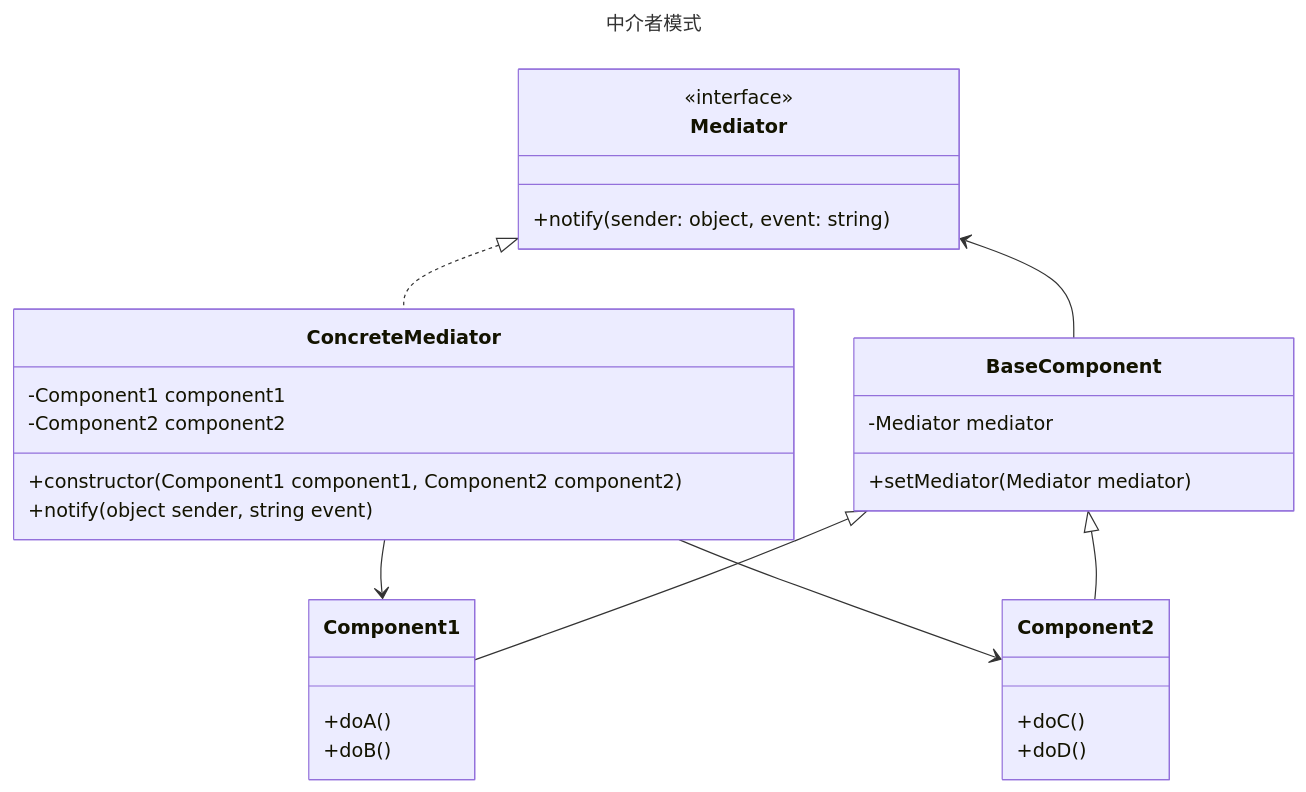
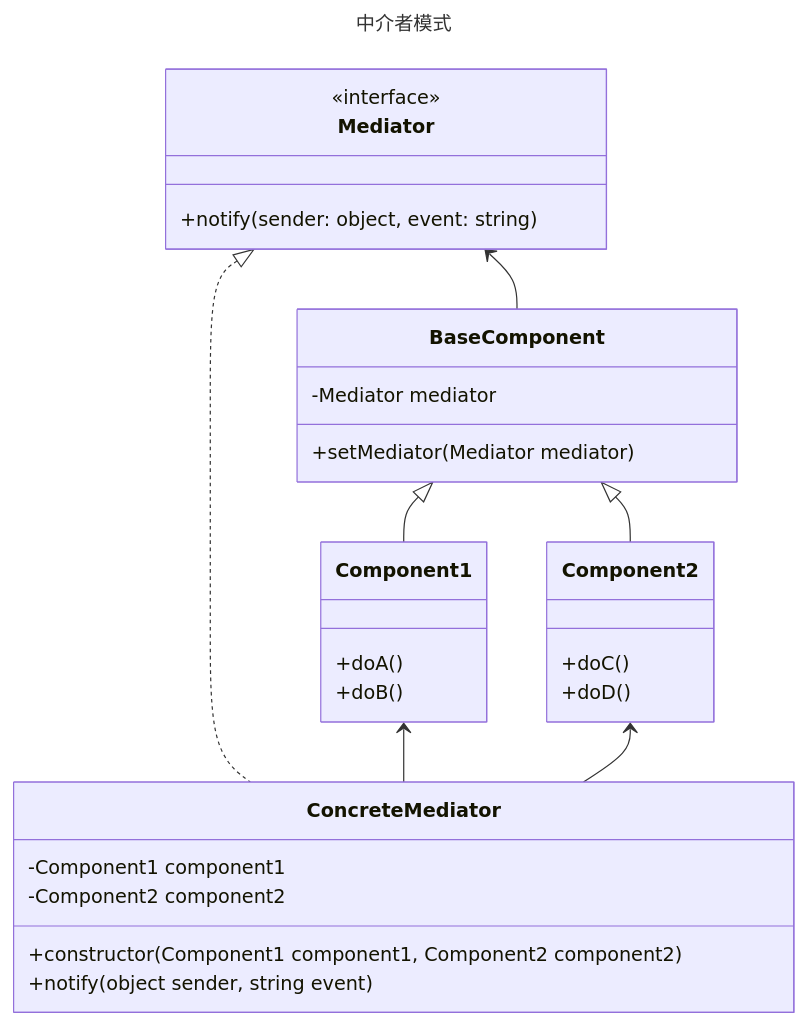
Before and after one commit to fengyun89/typescript-design-patterns: the diagram in mediator/README.md, drawn with Mermaid. The commit also changed 22 other files, not shown here.

Commit message:
行为型模式类图

````diff
--- a/mediator/README.md
+++ b/mediator/README.md
@@ -1,34 +1,34 @@
 ```mermaid
 ---
 title: 中介者模式
 ---
 classDiagram
     class Mediator {
         <<interface>>
         +notify(sender: object, event: string)
     }
     class ConcreteMediator {
         -Component1 component1
         -Component2 component2
         +constructor(Component1 component1, Component2 component2)
         +notify(object sender, string event)
     }
     class BaseComponent {
         -Mediator mediator
         +setMediator(Mediator mediator)
     }
     class Component1 {
         +doA()
         +doB()
     }
     class Component2 {
         +doC()
         +doD()
     }
     Mediator <|.. ConcreteMediator
     Mediator <-- BaseComponent
-    ConcreteMediator --> Component1
-    ConcreteMediator --> Component2
+    Component1 <-- ConcreteMediator
+    Component2 <-- ConcreteMediator 
     BaseComponent <|-- Component1
     BaseComponent <|-- Component2
 ```
````
